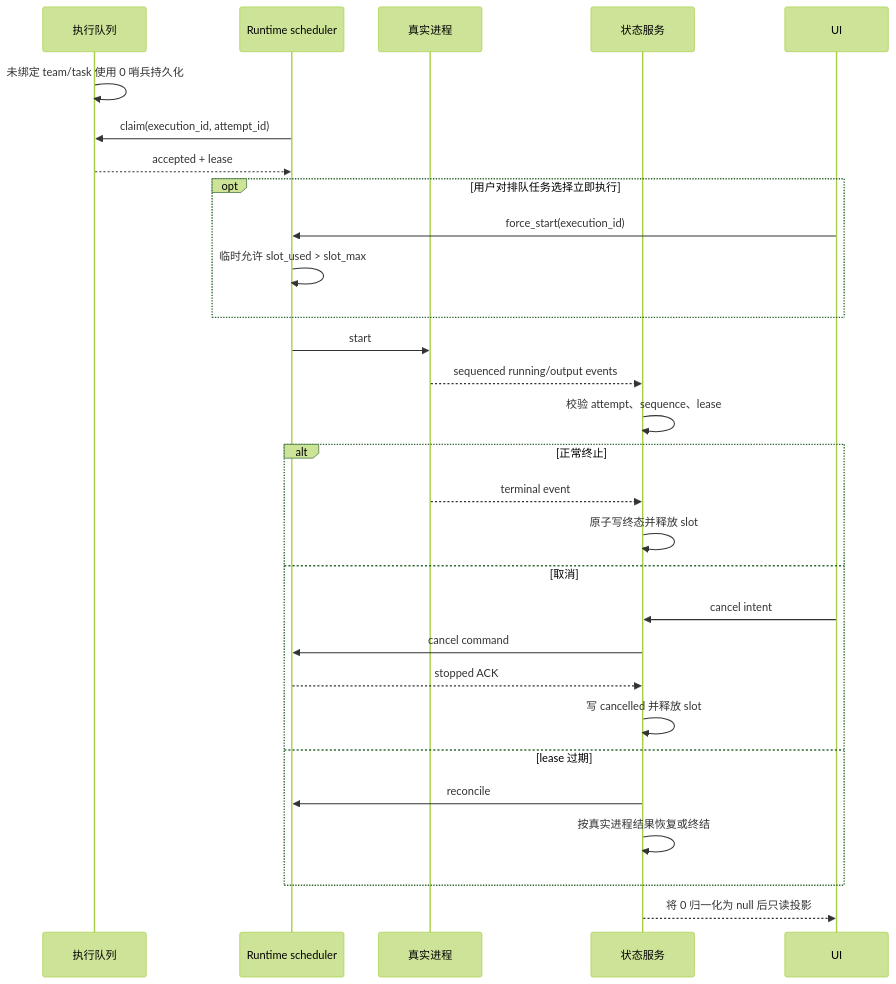
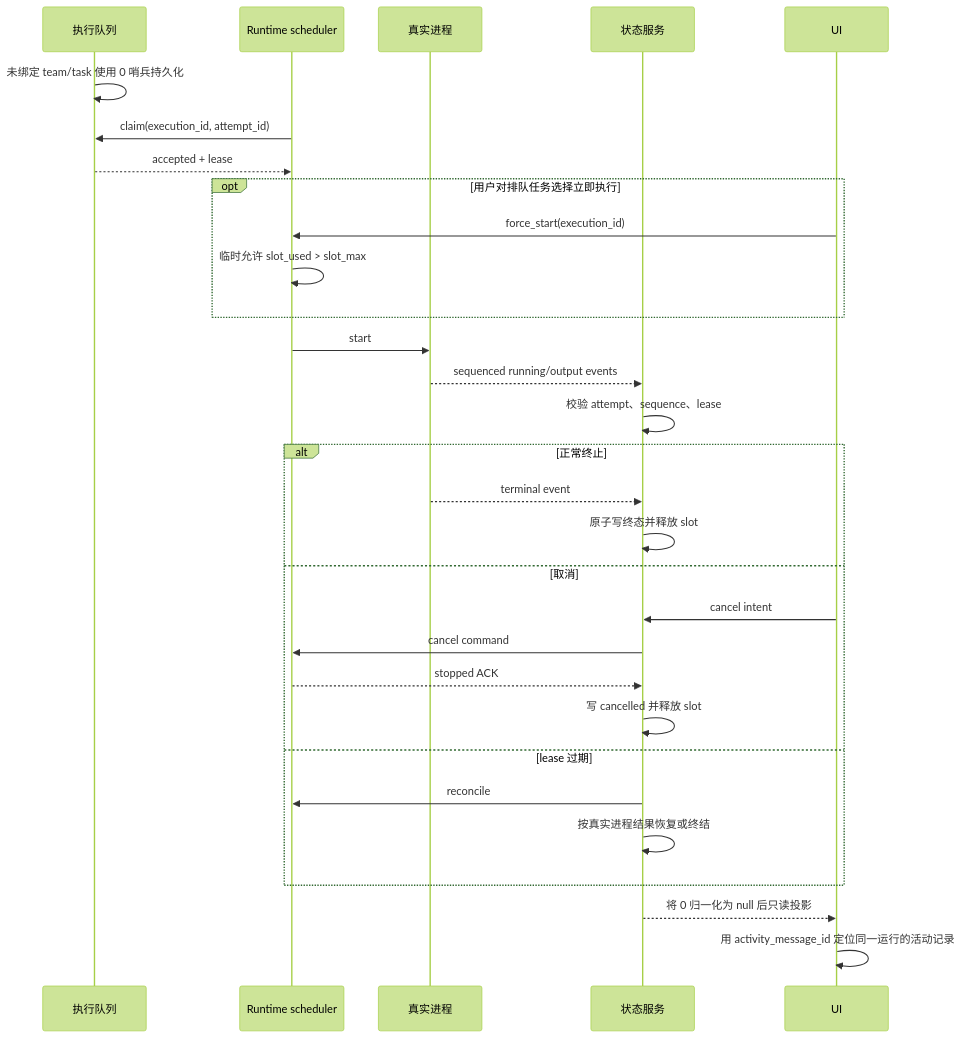
One commit to wecode-ai/Wegent changed the second of 2 diagrams in docs/zh/architecture/project-execution-state.md. Above: the diagram before and after it, drawn with Mermaid (forest theme). The commit also changed other lines of this file and 27 other files, not shown here.

````diff
--- a/docs/zh/architecture/project-execution-state.md
+++ b/docs/zh/architecture/project-execution-state.md
@@ -26,32 +28,33 @@
 ```mermaid
 sequenceDiagram
     participant Q as 执行队列
     participant R as Runtime scheduler
     participant P as 真实进程
     participant S as 状态服务
     participant U as UI
 
     Q->>Q: 未绑定 team/task 使用 0 哨兵持久化
     R->>Q: claim(execution_id, attempt_id)
     Q-->>R: accepted + lease
     opt 用户对排队任务选择立即执行
         U->>R: force_start(execution_id)
         R->>R: 临时允许 slot_used > slot_max
     end
     R->>P: start
     P-->>S: sequenced running/output events
     S->>S: 校验 attempt、sequence、lease
     alt 正常终止
         P-->>S: terminal event
         S->>S: 原子写终态并释放 slot
     else 取消
         U->>S: cancel intent
         S->>R: cancel command
         R-->>S: stopped ACK
         S->>S: 写 cancelled 并释放 slot
     else lease 过期
         S->>R: reconcile
         S->>S: 按真实进程结果恢复或终结
     end
     S-->>U: 将 0 归一化为 null 后只读投影
+    U->>U: 用 activity_message_id 定位同一运行的活动记录
 ```
````
